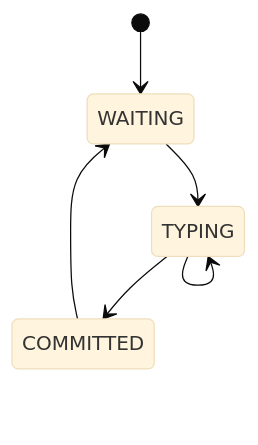
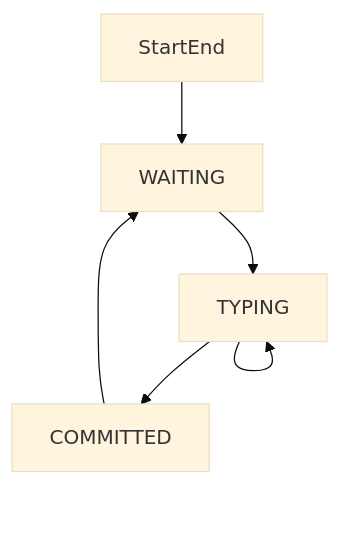
One commit to mthaiseer/springcloud-systemdesign-notes changed diagram 12 of 58 in LLD_NOTES/lld_visual_java_reference_fixed.md. Above: the diagram before and after it, drawn with Mermaid (base theme). The commit also changed other lines of this file, not shown here.

````diff
--- a/LLD_NOTES/lld_visual_java_reference_fixed.md
+++ b/LLD_NOTES/lld_visual_java_reference_fixed.md
@@ -667,8 +619,12 @@
 ```mermaid
-stateDiagram-v2
-  [*] --> WAITING
-  WAITING --> TYPING
-  TYPING --> TYPING
-  TYPING --> COMMITTED
-  COMMITTED --> WAITING
+flowchart TD
+  S1[StartEnd]
+  S2[WAITING]
+  S3[TYPING]
+  S4[COMMITTED]
+  S1 --> S2
+  S2 --> S3
+  S3 --> S3
+  S3 --> S4
+  S4 --> S2
 ```
````
